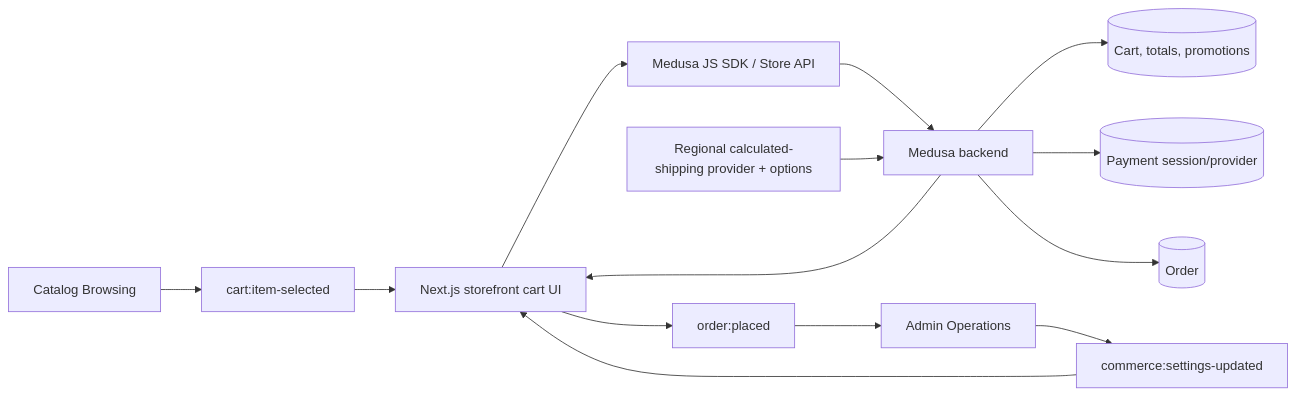
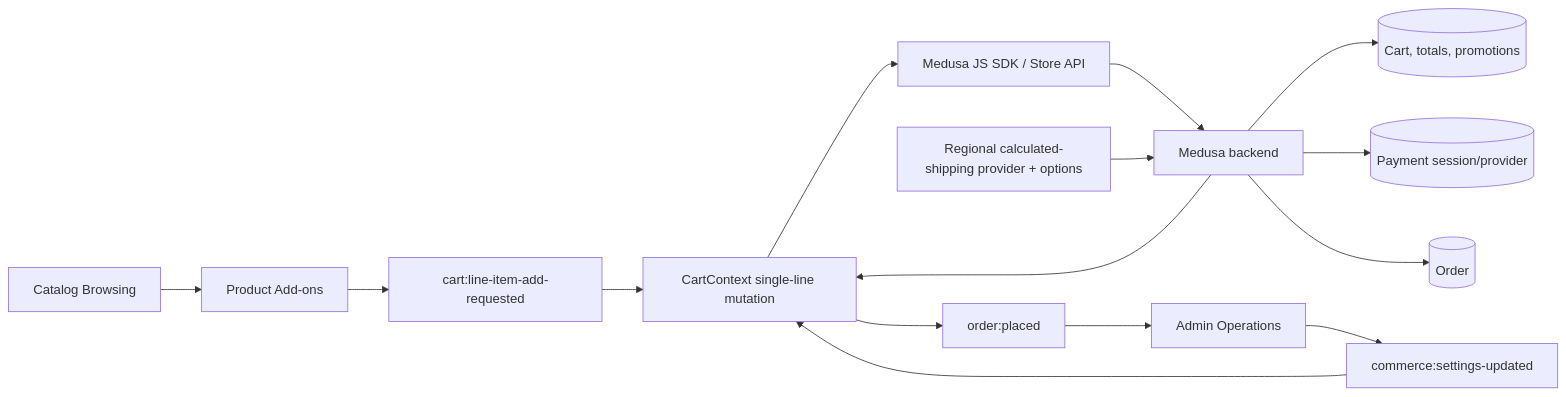
One commit to AtoshaKartosha/sunluk changed the third of 3 diagrams in flows/features/cart-checkout.md. Above: the diagram before and after it, drawn with Mermaid. The commit also changed other lines of this file and 74 other files, not shown here.

First line of the commit message:
feat(release): ship storefront catalog and checkout

````diff
--- a/flows/features/cart-checkout.md
+++ b/flows/features/cart-checkout.md
@@ -105,16 +117,17 @@
 ```mermaid
 flowchart LR
-  Catalog[Catalog Browsing] --> Selected[cart:item-selected]
-  Selected --> UI[Next.js storefront cart UI]
+  Catalog[Catalog Browsing] --> Addons[Product Add-ons]
+  Addons --> Selected[cart:line-item-add-requested]
+  Selected --> UI[CartContext single-line mutation]
   Admin[Admin Operations] --> Settings[commerce:settings-updated]
   Settings --> UI
   UI --> SDK[Medusa JS SDK / Store API]
   SDK --> Backend[Medusa backend]
   Backend --> Cart[(Cart, totals, promotions)]
   Config[Regional calculated-shipping provider + options] --> Backend
   Backend --> Payment[(Payment session/provider)]
   Backend --> Order[(Order)]
   Backend --> UI
   UI --> Placed[order:placed]
   Placed --> Admin
 ```
````
